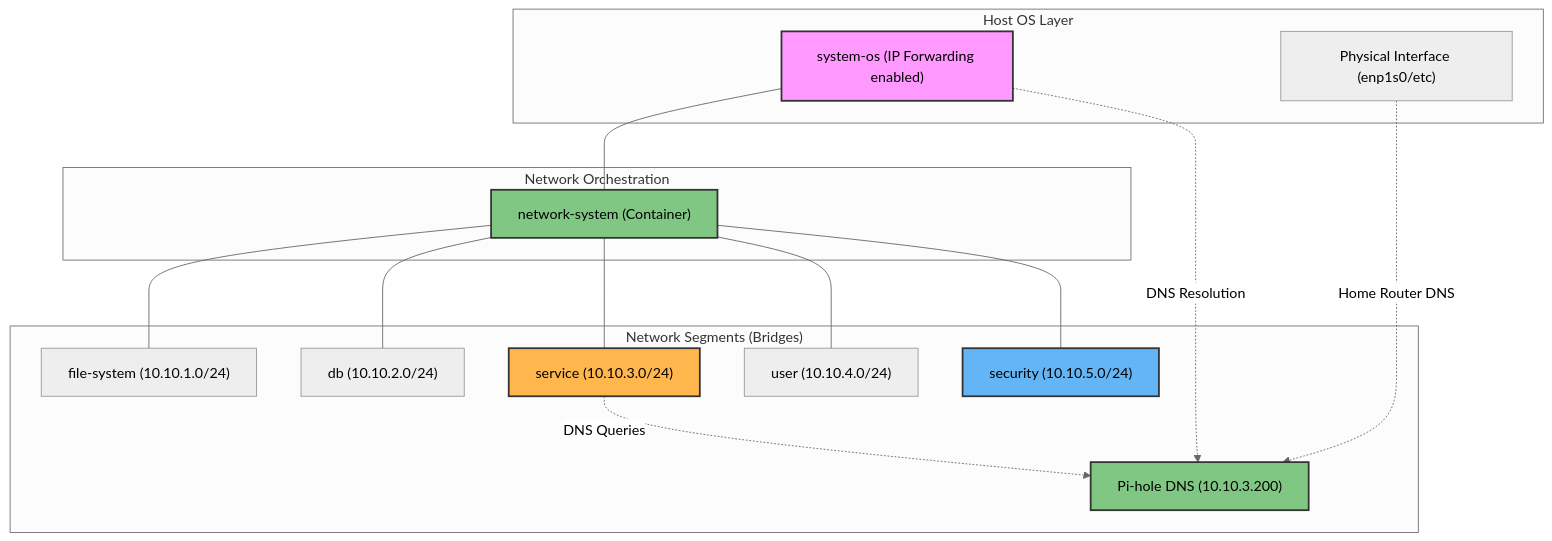
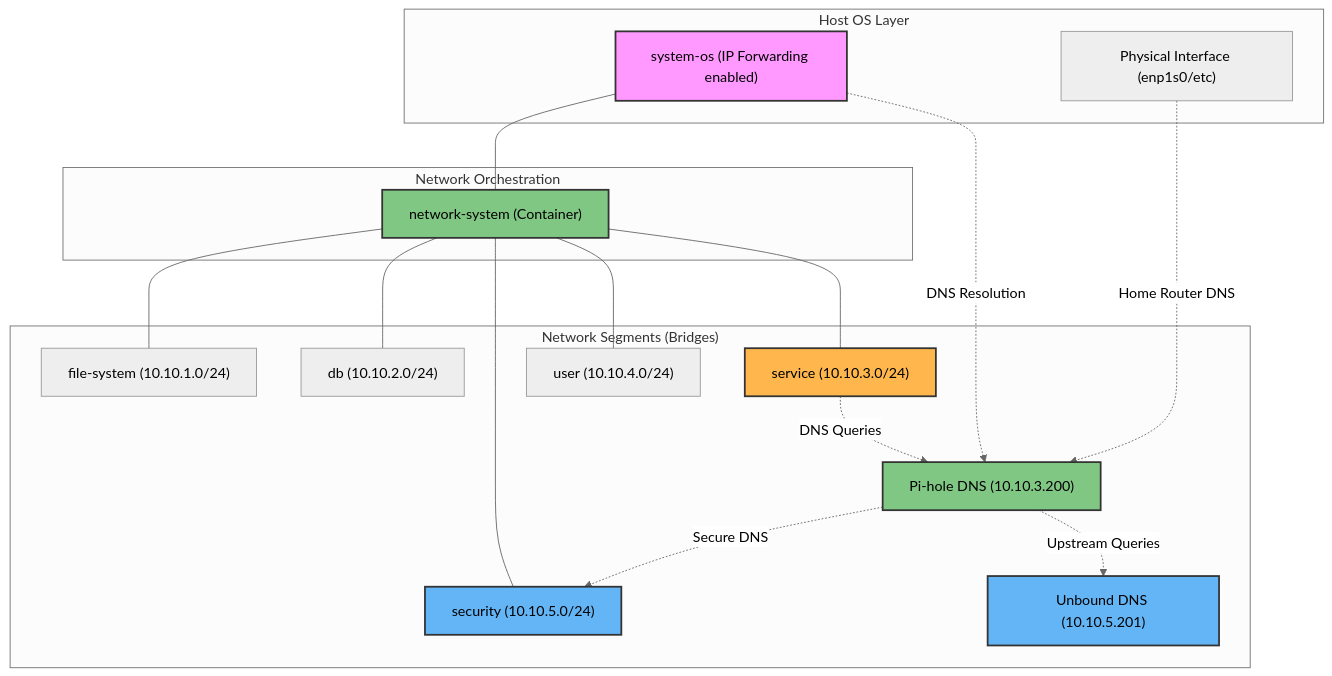
The diagram in network/README.md (luisdanielta/container-system), drawn with Mermaid (neutral theme) before and after one commit. The commit also changed other lines of this file, not shown here.

Commit message:
docs: Update network README to include Unbound DNS integration and clarify deployment prerequisites

````diff
--- a/network/README.md
+++ b/network/README.md
@@ -9,37 +9,41 @@
 ```mermaid
 graph TD
     subgraph "Host OS Layer"
         SYS["system-os (IP Forwarding enabled)"]
         ETH["Physical Interface (enp1s0/etc)"]
     end
 
     subgraph "Network Orchestration"
         NS["network-system (Container)"]
     end
 
     subgraph "Network Segments (Bridges)"
         S_FS["file-system (10.10.1.0/24)"]
         S_DB["db (10.10.2.0/24)"]
         S_SVC["service (10.10.3.0/24)"]
         S_USR["user (10.10.4.0/24)"]
         S_SEC["security (10.10.5.0/24)"]
         PiH["Pi-hole DNS (10.10.3.200)"]
+        Unb["Unbound DNS (10.10.5.201)"]
     end
 
     SYS --- NS
     NS --- S_FS
     NS --- S_DB
     NS --- S_SVC
     NS --- S_USR
     NS --- S_SEC
     
     S_SVC -. "DNS Queries" .-> PiH
     SYS -. "DNS Resolution" .-> PiH
     ETH -. "Home Router DNS" .-> PiH
+    PiH -. "Upstream Queries" .-> Unb
+    PiH -. "Secure DNS" .-> S_SEC
 
     style SYS fill:#f9f,stroke:#333,stroke-width:2px
     style NS fill:#81c784,stroke:#333,stroke-width:2px
     style S_SVC fill:#ffb74d,stroke:#333,stroke-width:2px
     style S_SEC fill:#64b5f6,stroke:#333,stroke-width:2px
     style PiH fill:#81c784,stroke:#333,stroke-width:2px
+    style Unb fill:#64b5f6,stroke:#333,stroke-width:2px
 ```
````
